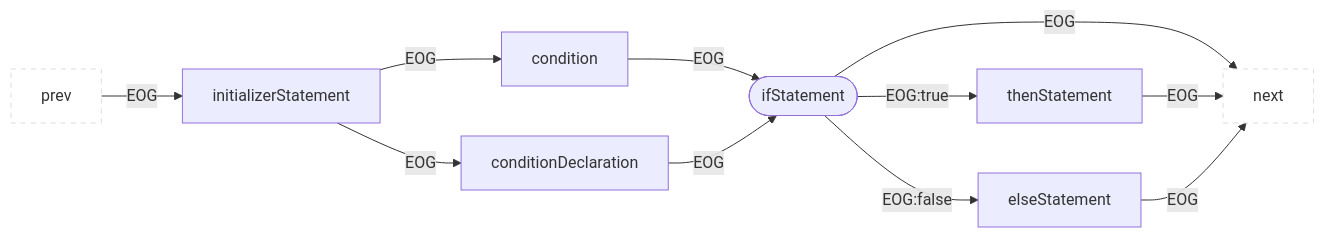
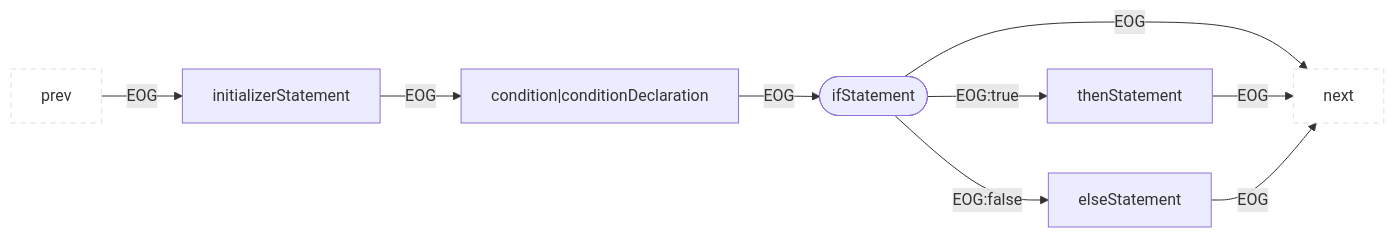
Diagram 34 of 36 in cpg-core/specifications/eog.md (Fraunhofer-AISEC/cpg), drawn with Mermaid before and after one commit. The commit also changed other lines of this file, not shown here.

````diff
--- a/cpg-core/specifications/eog.md
+++ b/cpg-core/specifications/eog.md
@@ -526,15 +569,13 @@
 ```mermaid
 flowchart LR
   classDef outer fill:#fff,stroke:#ddd,stroke-dasharray:5 5;
   prev:::outer --EOG--> child1["initializerStatement"]
-  child1 --EOG--> child2["condition"]
-  child1 --EOG--> child3["conditionDeclaration"]
+  child1 --EOG--> child2["condition|conditionDeclaration"]
   child2 --EOG--> parent
-  child3 --EOG--> parent
   parent(["ifStatement"]) --EOG:true--> child4["thenStatement"]
   parent --EOG:false--> child5["elseStatement"]
   parent --EOG--> next:::outer
   child4 --EOG--> next:::outer
   child5 --EOG--> next:::outer
 
 ```
````
